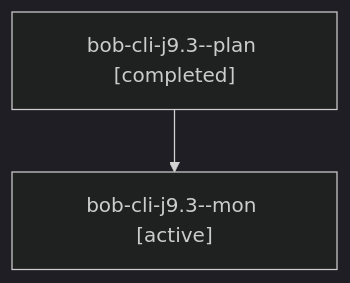
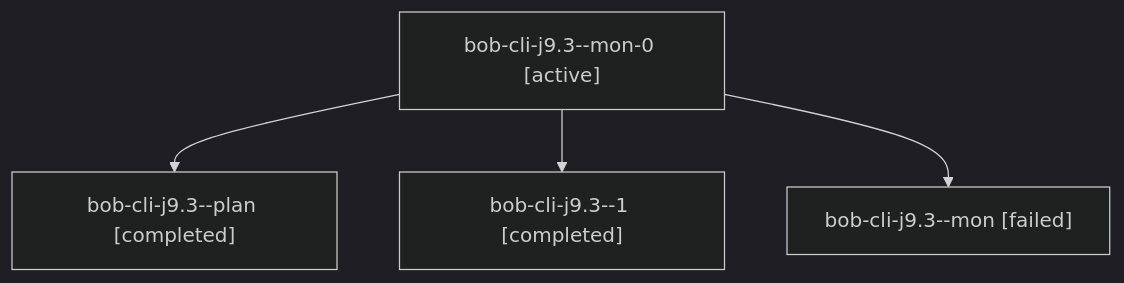
Before and after one commit to bobs-org/bob-cli--agents: the diagram in sessions/bbugyi200.apollo.bob-cli-j9.3.md, drawn with Mermaid (dark theme). The commit also changed other lines of this file and 30 other files, not shown here.

````diff
--- a/sessions/bbugyi200.apollo.bob-cli-j9.3.md
+++ b/sessions/bbugyi200.apollo.bob-cli-j9.3.md
@@ -9,6 +9,10 @@
 ```mermaid
 flowchart TD
-  n0["bob-cli-j9.3--plan [completed]"]
-  n1["bob-cli-j9.3--mon [active]"]
+  n0["bob-cli-j9.3--mon-0 [active]"]
+  n1["bob-cli-j9.3--plan [completed]"]
   n0 --> n1
+  n2["bob-cli-j9.3--1 [completed]"]
+  n0 --> n2
+  n3["bob-cli-j9.3--mon [failed]"]
+  n0 --> n3
 ```
````
